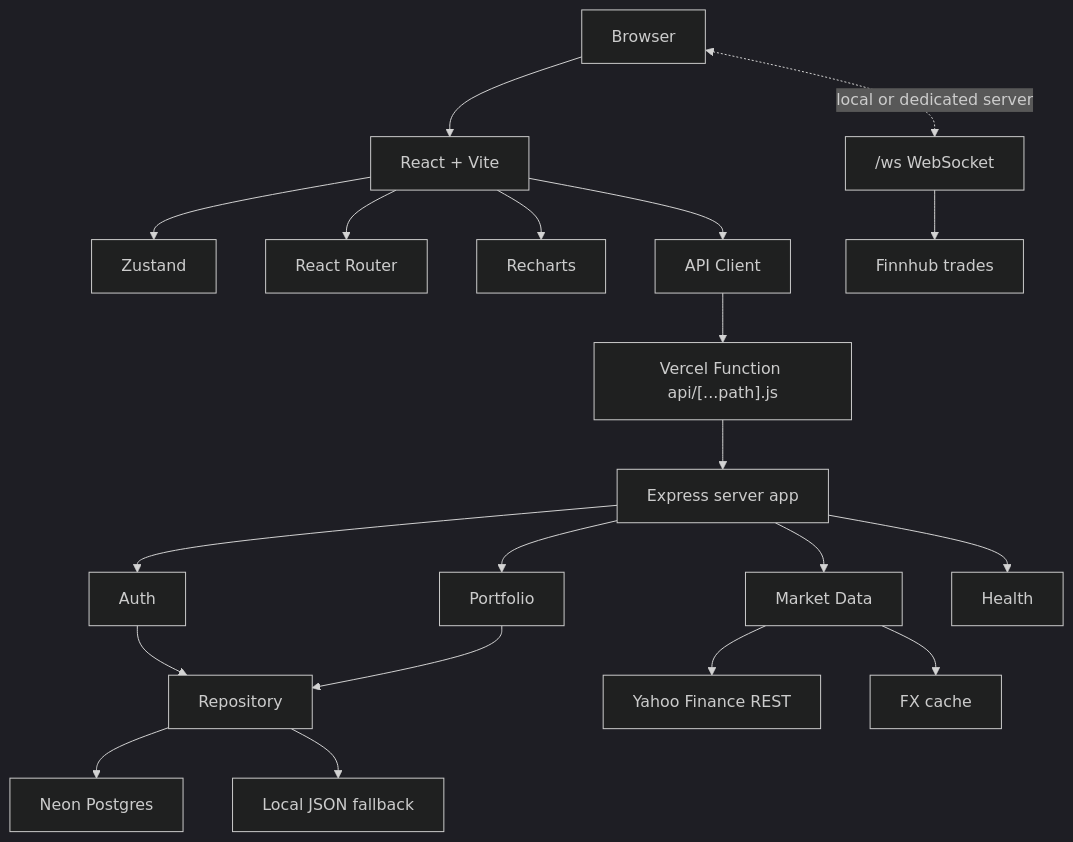
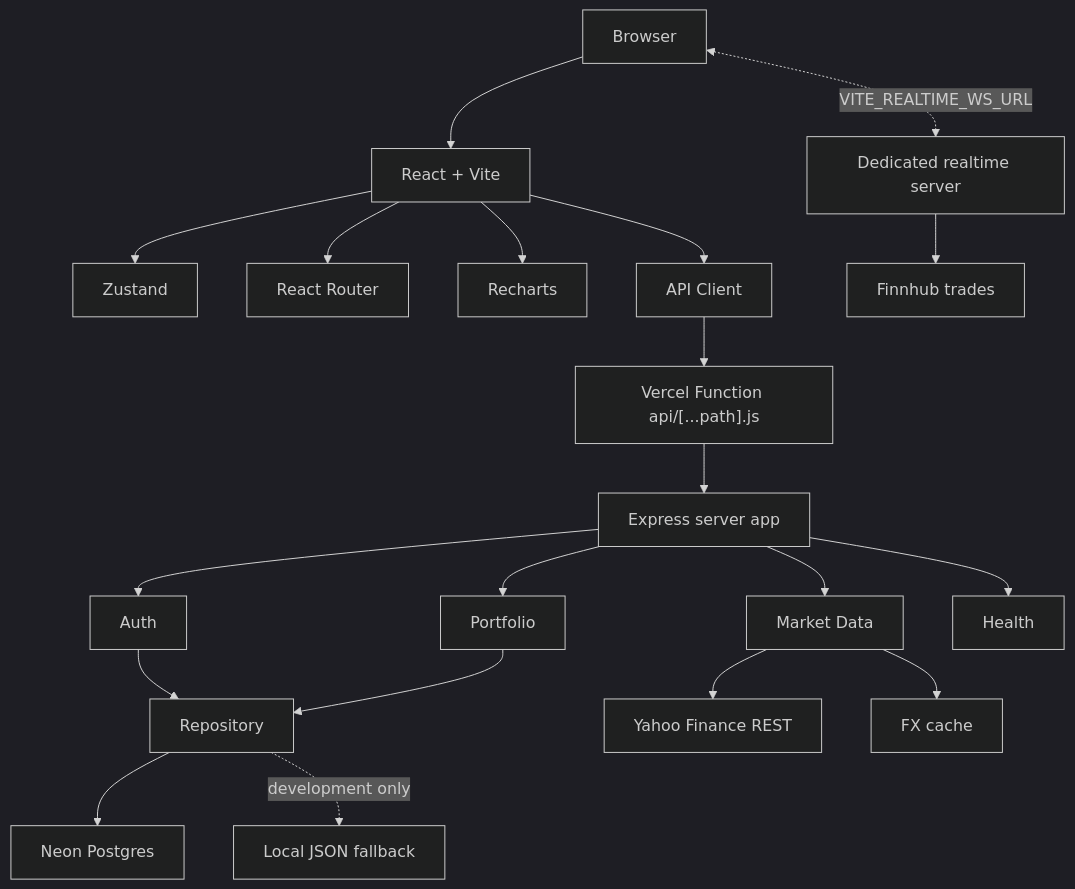
The first of 3 diagrams in docs/architecture.md (amuldi/Moayo_SmartPortfolio), drawn with Mermaid (dark theme) before and after one commit. The commit also changed other lines of this file and 15 other files, not shown here.

````diff
--- a/docs/architecture.md
+++ b/docs/architecture.md
@@ -5,27 +5,27 @@
 ```mermaid
 flowchart TB
   Browser["Browser"] --> Vite["React + Vite"]
   Vite --> Zustand["Zustand"]
   Vite --> Router["React Router"]
   Vite --> Charts["Recharts"]
   Vite --> Api["API Client"]
 
   Api --> Function["Vercel Function api/[...path].js"]
   Function --> Express["Express server app"]
 
   Express --> Auth["Auth"]
   Express --> Portfolio["Portfolio"]
   Express --> Market["Market Data"]
   Express --> Health["Health"]
 
   Auth --> Repo["Repository"]
   Portfolio --> Repo
   Repo --> Postgres["Neon Postgres"]
-  Repo --> Json["Local JSON fallback"]
+  Repo -. "development only" .-> Json["Local JSON fallback"]
 
   Market --> Yahoo["Yahoo Finance REST"]
   Market --> Fx["FX cache"]
 
-  Browser <-. local or dedicated server .-> Ws["/ws WebSocket"]
-  Ws --> Finnhub["Finnhub trades"]
+  Browser <-. "VITE_REALTIME_WS_URL" .-> Realtime["Dedicated realtime server"]
+  Realtime --> Finnhub["Finnhub trades"]
 ```
````
